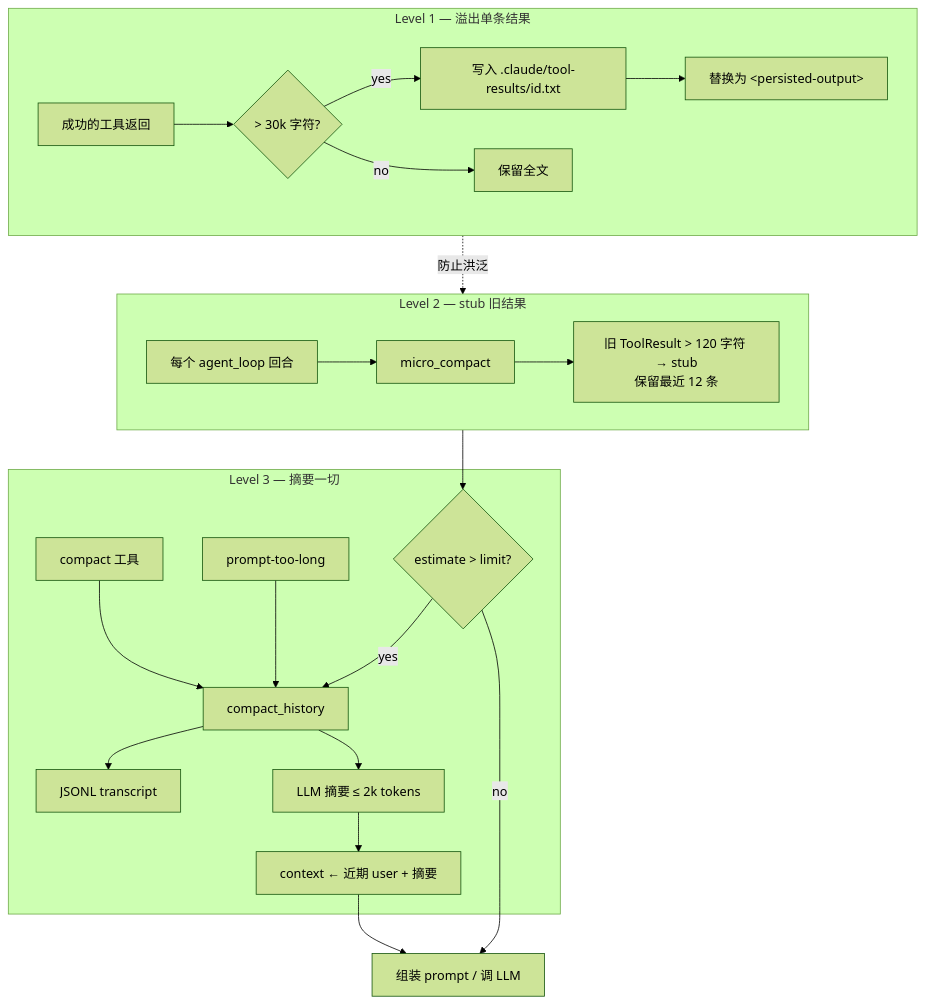
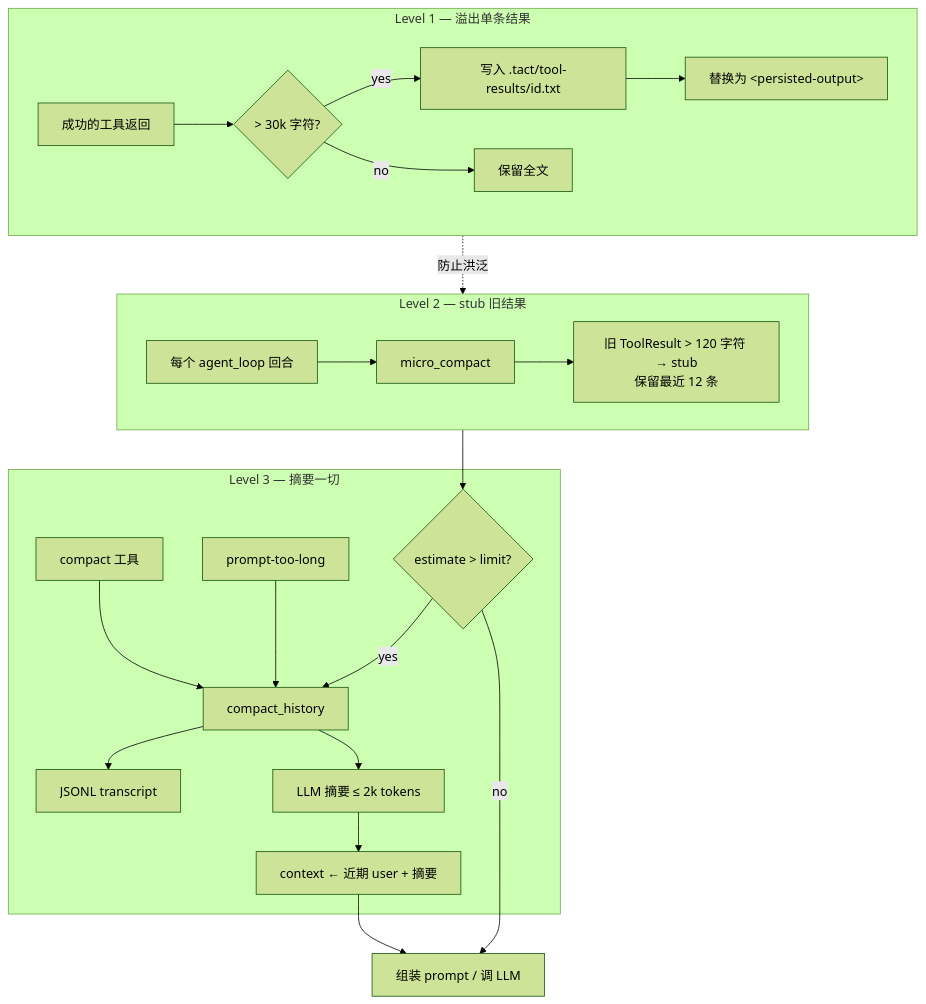
The second of 15 diagrams in book/05_chapter_compact_zh.md (rust-infra/tact), drawn with Mermaid (forest theme) before and after one commit. The commit also changed other lines of this file and 83 other files, not shown here.

````diff
--- a/book/05_chapter_compact_zh.md
+++ b/book/05_chapter_compact_zh.md
@@ -47,28 +47,28 @@
 ```mermaid
 flowchart TB
     subgraph L1["Level 1 — 溢出单条结果"]
         Bash[成功的工具返回] --> Big{> 30k 字符?}
-        Big -->|yes| Disk1["写入 .claude/tool-results/id.txt"]
+        Big -->|yes| Disk1["写入 .tact/tool-results/id.txt"]
         Disk1 --> Env["替换为 &lt;persisted-output&gt;"]
         Big -->|no| Keep[保留全文]
     end
 
     subgraph L2["Level 2 — stub 旧结果"]
         Turn[每个 agent_loop 回合] --> MC[micro_compact]
         MC --> Stub["旧 ToolResult > 120 字符 → stub<br/>保留最近 12 条"]
     end
 
     subgraph L3["Level 3 — 摘要一切"]
         Est{estimate > limit?} -->|yes| CH[compact_history]
         Err[prompt-too-long] --> CH
         Manual[compact 工具] --> CH
         CH --> Disk2[JSONL transcript]
         CH --> Sum[LLM 摘要 ≤ 2k tokens]
         Sum --> One[context ← 近期 user + 摘要]
     end
 
     L1 -.->|防止洪泛| L2
     L2 --> Est
     Est -->|no| Prompt[组装 prompt / 调 LLM]
     One --> Prompt
 ```
````
